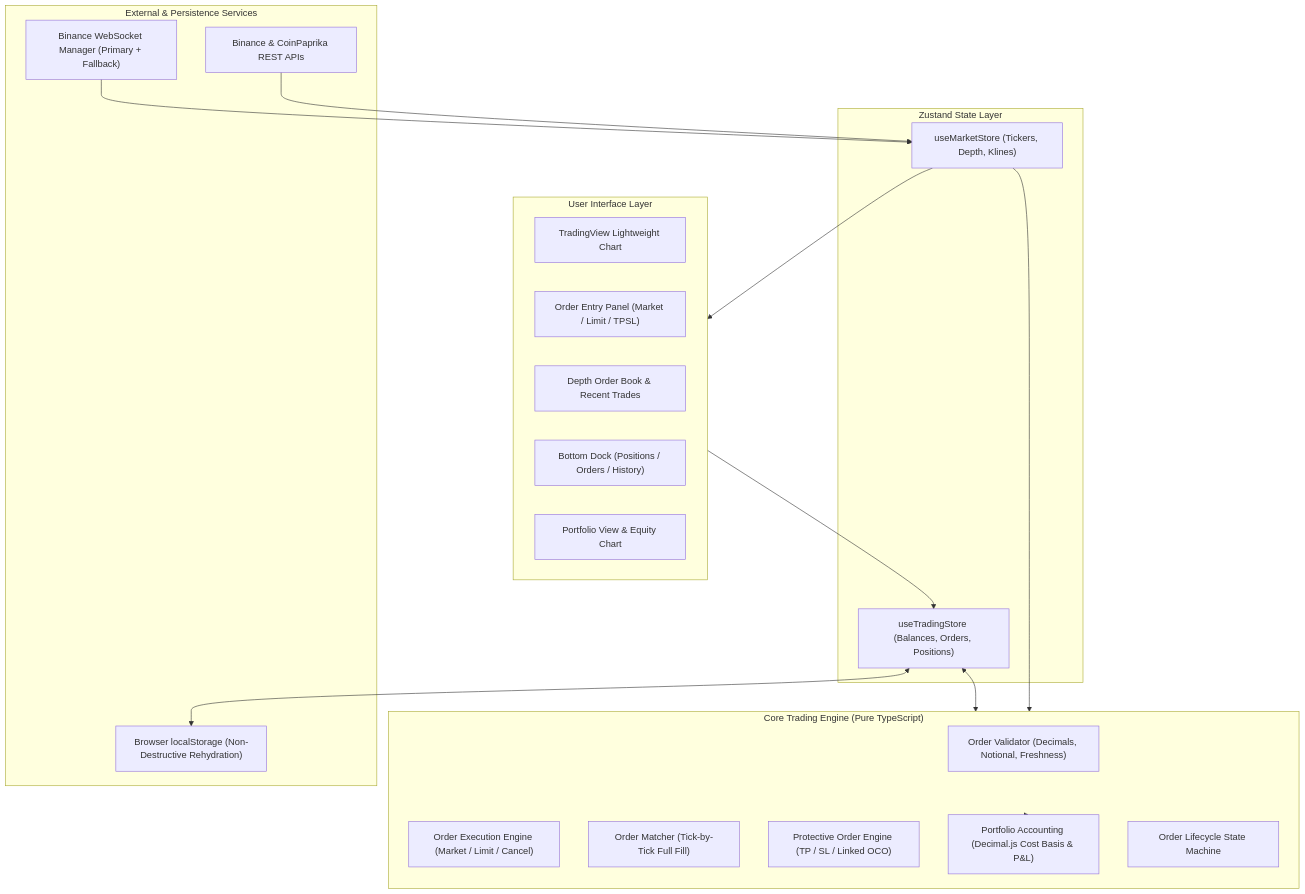
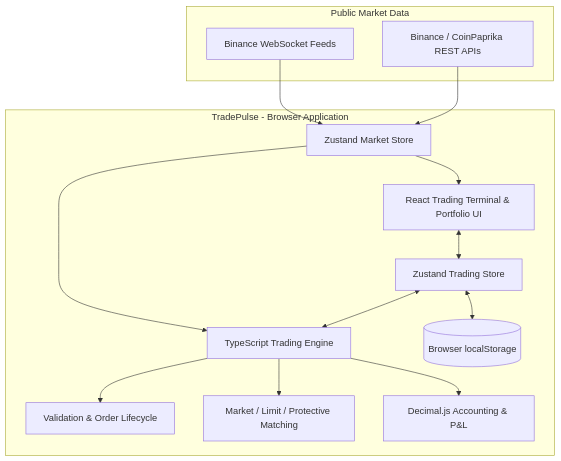
One commit to Anav-000/TradePulse changed the diagram in README.md. Above: the diagram before and after it, drawn with Mermaid. The commit also changed other lines of this file, not shown here.

````diff
--- a/README.md
+++ b/README.md
@@ -85,39 +124,29 @@
 ```mermaid
-flowchart TD
-    subgraph UI ["User Interface Layer"]
-        Chart["TradingView Lightweight Chart"]
-        OrderPanel["Order Entry Panel (Market / Limit / TPSL)"]
-        Book["Depth Order Book & Recent Trades"]
-        Dock["Bottom Dock (Positions / Orders / History)"]
-        Portfolio["Portfolio View & Equity Chart"]
+flowchart TB
+    subgraph External[Public Market Data]
+        WS[Binance WebSocket Feeds]
+        API[Binance / CoinPaprika REST APIs]
     end
 
-    subgraph Store ["Zustand State Layer"]
-        TradingStore["useTradingStore (Balances, Orders, Positions)"]
-        MarketStore["useMarketStore (Tickers, Depth, Klines)"]
+    subgraph Browser[TradePulse - Browser Application]
+        UI[React Trading Terminal & Portfolio UI]
+        MS[Zustand Market Store]
+        TS[Zustand Trading Store]
+        Engine[TypeScript Trading Engine]
+        Validation[Validation & Order Lifecycle]
+        Matching[Market / Limit / Protective Matching]
+        Accounting[Decimal.js Accounting & P&L]
+        Storage[(Browser localStorage)]
     end
 
-    subgraph Engine ["Core Trading Engine (Pure TypeScript)"]
-        Validator["Order Validator (Decimals, Notional, Freshness)"]
-        OrderEngine["Order Execution Engine (Market / Limit / Cancel)"]
-        Matcher["Order Matcher (Tick-by-Tick Full Fill)"]
-        Protective["Protective Order Engine (TP / SL / Linked OCO)"]
-        Accounting["Portfolio Accounting (Decimal.js Cost Basis & P&L)"]
-        Lifecycle["Order Lifecycle State Machine"]
-    end
-
-    subgraph Services ["External & Persistence Services"]
-        WS["Binance WebSocket Manager (Primary + Fallback)"]
-        REST["Binance & CoinPaprika REST APIs"]
-        Storage["Browser localStorage (Non-Destructive Rehydration)"]
-    end
-
-    WS --> MarketStore
-    REST --> MarketStore
-    MarketStore --> UI
-    MarketStore --> Engine
-    UI --> TradingStore
-    TradingStore <--> Engine
-    TradingStore <--> Storage
+    WS --> MS
+    API --> MS
+    MS --> UI
+    MS --> Engine
+    UI <--> TS
+    TS <--> Engine
+    Engine --> Validation
+    Engine --> Matching
     Engine --> Accounting
+    TS <--> Storage
 ```
````
